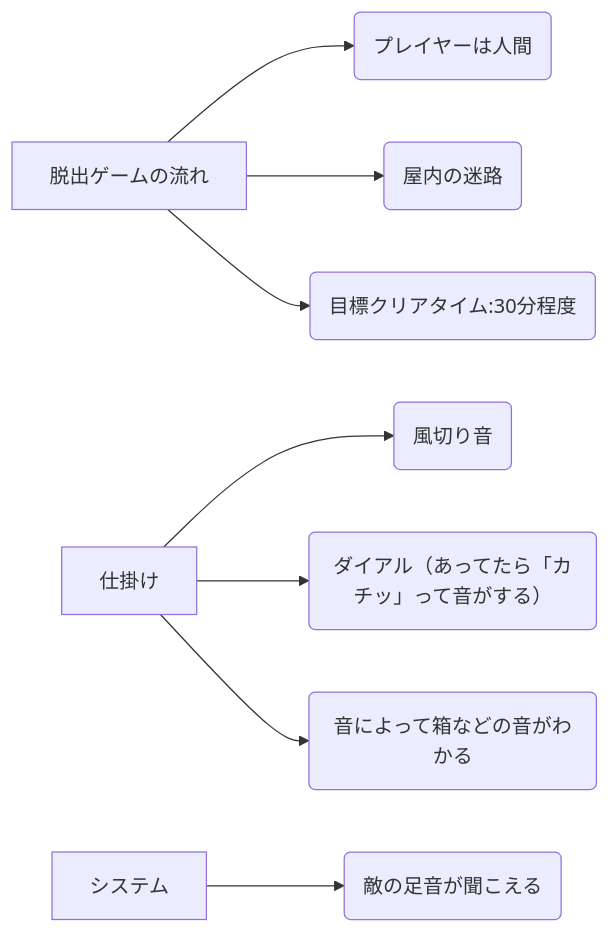
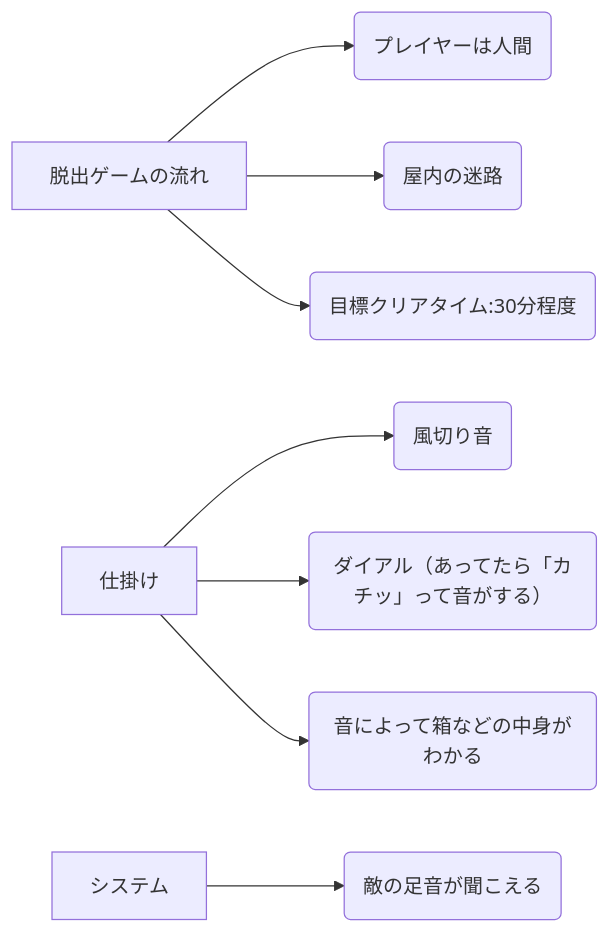
One commit to EyeTracker-123/UnityProject changed the diagram in README.md. Above: the diagram before and after it, drawn with Mermaid.

````diff
--- a/README.md
+++ b/README.md
@@ -3,34 +3,34 @@
 ```mermaid
 flowchart LR
 
 
 
 b[脱出ゲームの流れ]
 
 b0(プレイヤーは人間)
 b1(屋内の迷路)
 b2(目標クリアタイム:30分程度)
 
 b --> b0
 b --> b1
 b --> b2
 
 x[仕掛け]
 
 x0(風切り音)
 x1(ダイアル（あってたら「カチッ」って音がする）)
-x2(音によって箱などの音がわかる)
+x2(音によって箱などの中身がわかる)
 
 x --> x0
 x --> x1
 x --> x2
 
 
 
 s[システム]
 
 s0(敵の足音が聞こえる)
 
 s --> s0
 
 ```
````
